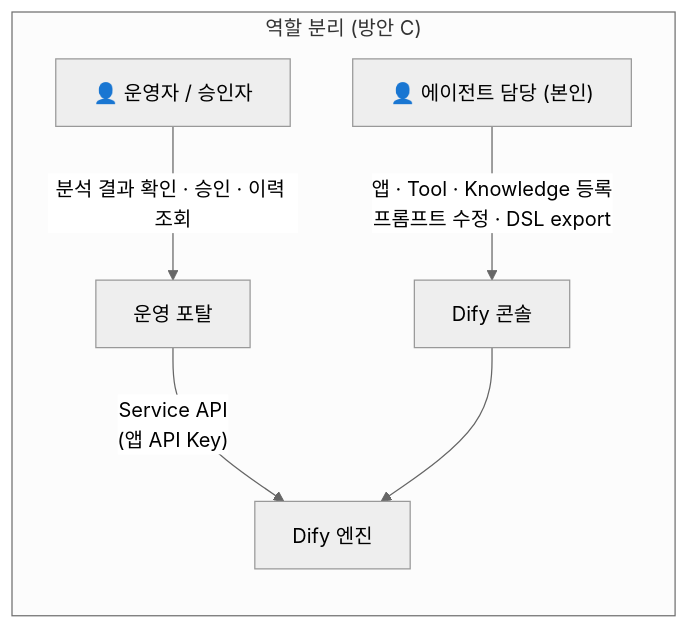
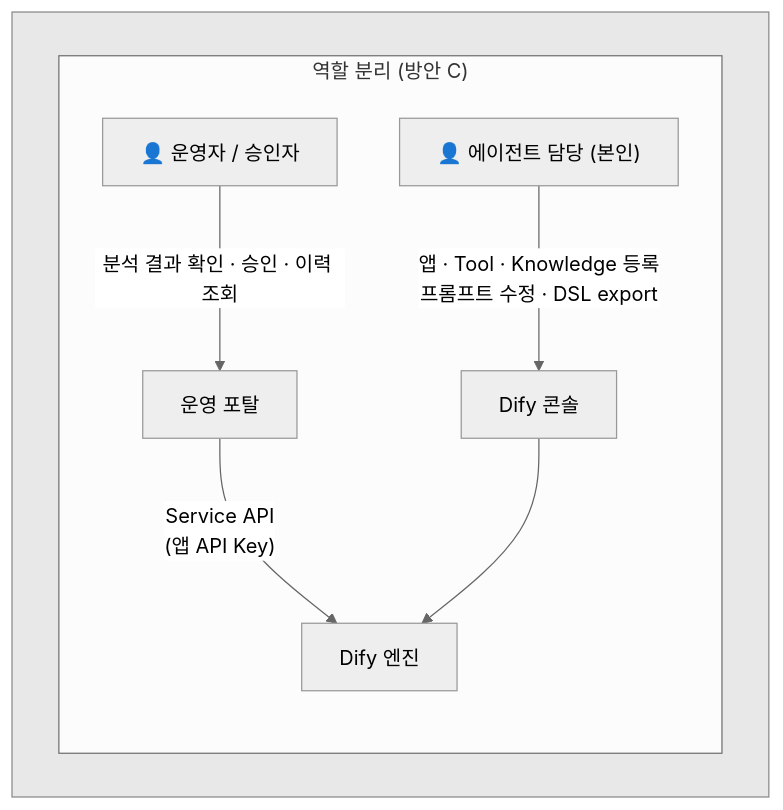
Before and after one commit to kongrtan/zt9k39pm2e: the fourth of 4 diagrams in docs/01_architecture.md, drawn with Mermaid (neutral theme). The commit also changed other lines of this file and 3 other files, not shown here.

````diff
--- a/docs/01_architecture.md
+++ b/docs/01_architecture.md
@@ -211,10 +219,14 @@
 ```mermaid
 flowchart LR
-    subgraph ROLE["역할 분리 (방안 C)"]
-        direction TB
-        DEV["👤 에이전트 담당 (본인)"] -- "앱 · Tool · Knowledge 등록<br/>프롬프트 수정 · DSL export" --> CONSOLE["Dify 콘솔"]
-        OPS["👤 운영자 / 승인자"] -- "분석 결과 확인 · 승인 · 이력 조회" --> PORTAL["운영 포탈"]
-        PORTAL -- "Service API<br/>(앱 API Key)" --> ENGINE["Dify 엔진"]
-        CONSOLE --> ENGINE
+    subgraph BG[" "]
+        direction LR
+        subgraph ROLE["역할 분리 (방안 C)"]
+            direction TB
+            DEV["👤 에이전트 담당 (본인)"] -- "앱 · Tool · Knowledge 등록<br/>프롬프트 수정 · DSL export" --> CONSOLE["Dify 콘솔"]
+            OPS["👤 운영자 / 승인자"] -- "분석 결과 확인 · 승인 · 이력 조회" --> PORTAL["운영 포탈"]
+            PORTAL -- "Service API<br/>(앱 API Key)" --> ENGINE["Dify 엔진"]
+            CONSOLE --> ENGINE
+        end
     end
+    style BG fill:#8080802e,stroke:#8a8a8a
 ```
````
